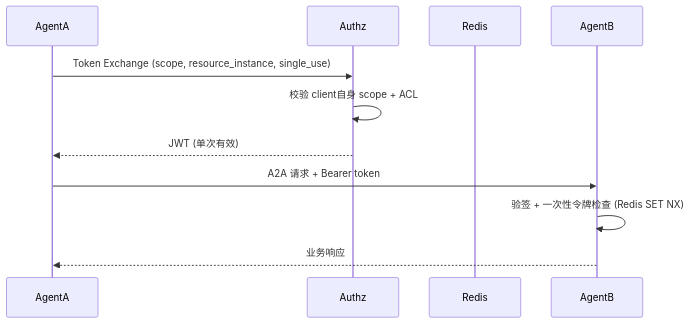
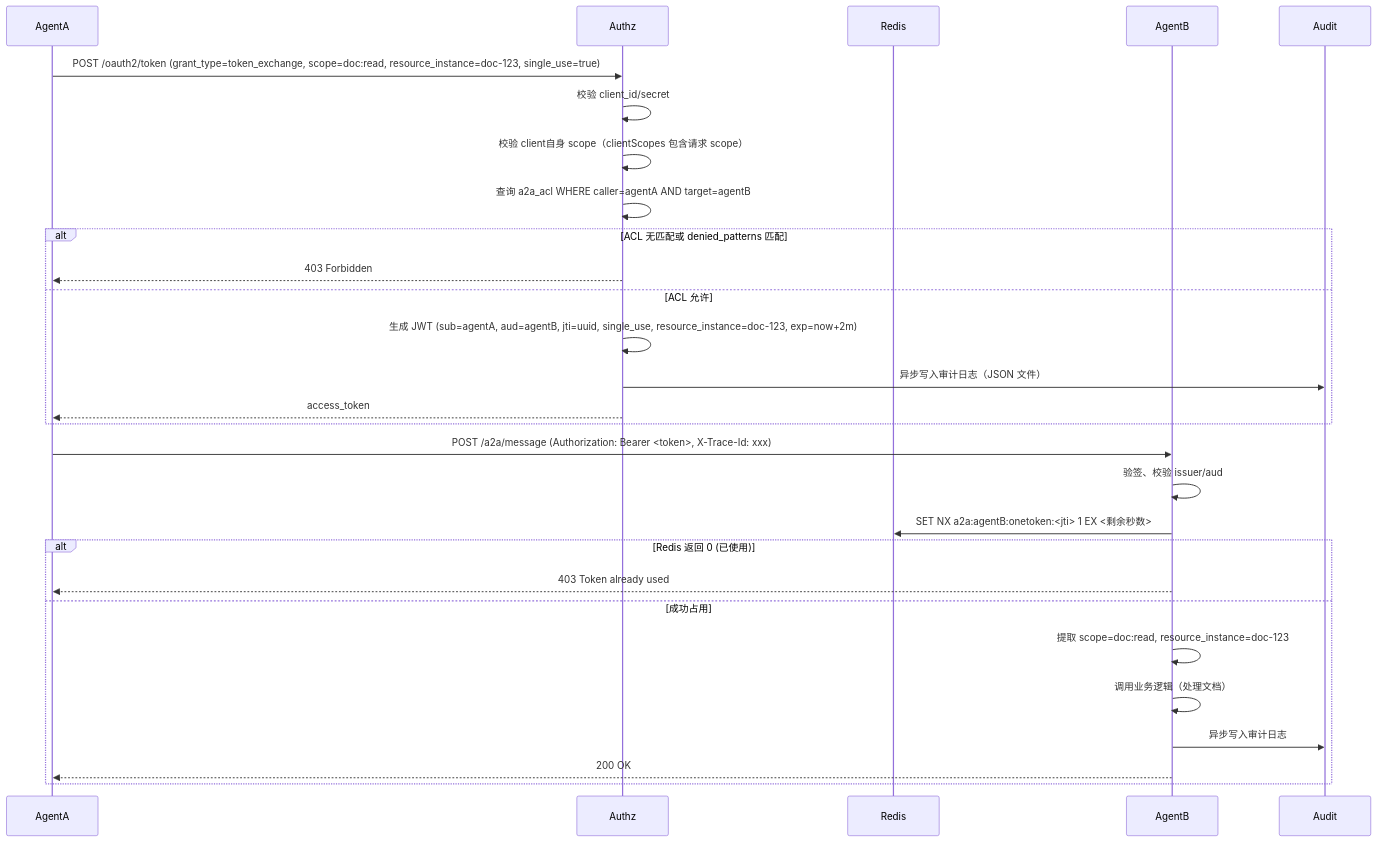
Before and after one commit to latcn/developer-knowledge: the first of 4 diagrams in security/A2A 权限系统架构设计文档.md, drawn with Mermaid. The commit also changed other lines of this file, not shown here.

````diff
--- a/security/A2A 权限系统架构设计文档.md
+++ b/security/A2A 权限系统架构设计文档.md
@@ -1194,14 +866,30 @@
 ```mermaid
 sequenceDiagram
     participant AgentA
     participant Authz
     participant Redis
     participant AgentB
 
-    AgentA->>Authz: Token Exchange (scope, resource_instance, single_use)
-    Authz->>Authz: 校验 client自身 scope + ACL
-    Authz-->>AgentA: JWT (单次有效)
-    AgentA->>AgentB: A2A 请求 + Bearer token
-    AgentB->>AgentB: 验签 + 一次性令牌检查 (Redis SET NX)
-    AgentB-->>AgentA: 业务响应
+    AgentA->>Authz: POST /oauth2/token (grant_type=token_exchange, scope=doc:read, resource_instance=doc-123, single_use=true)
+    Authz->>Authz: 校验 client_id/secret
+    Authz->>Authz: 校验 client自身 scope（clientScopes 包含请求 scope）
+    Authz->>Authz: 查询 a2a_acl WHERE caller=agentA AND target=agentB
+    alt ACL 无匹配或 denied_patterns 匹配
+        Authz-->>AgentA: 403 Forbidden
+    else ACL 允许
+        Authz->>Authz: 生成 JWT (sub=agentA, aud=agentB, jti=uuid, single_use, resource_instance=doc-123, exp=now+2m)
+        Authz->>Audit: 异步写入审计日志（JSON 文件）
+        Authz-->>AgentA: access_token
+    end
+    AgentA->>AgentB: POST /a2a/message (Authorization: Bearer <token>, X-Trace-Id: xxx)
+    AgentB->>AgentB: 验签、校验 issuer/aud
+    AgentB->>Redis: SET NX a2a:agentB:onetoken:<jti> 1 EX <剩余秒数>
+    alt Redis 返回 0 (已使用)
+        AgentB-->>AgentA: 403 Token already used
+    else 成功占用
+        AgentB->>AgentB: 提取 scope=doc:read, resource_instance=doc-123
+        AgentB->>AgentB: 调用业务逻辑（处理文档）
+        AgentB->>Audit: 异步写入审计日志
+        AgentB-->>AgentA: 200 OK
+    end
 ```
````
